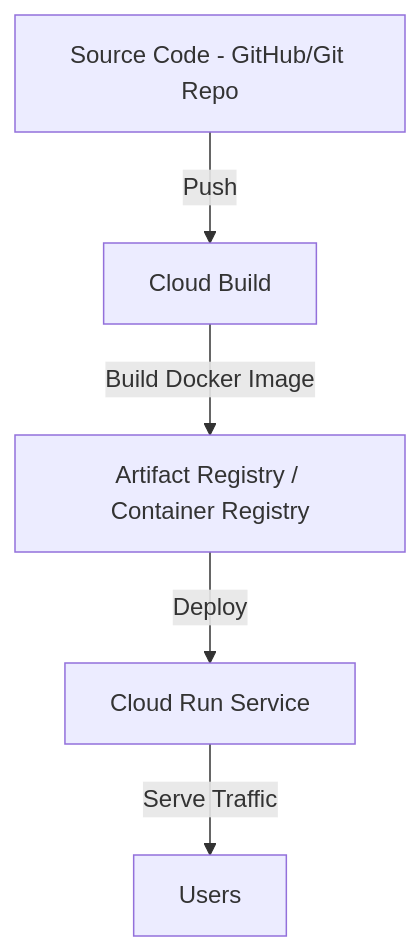
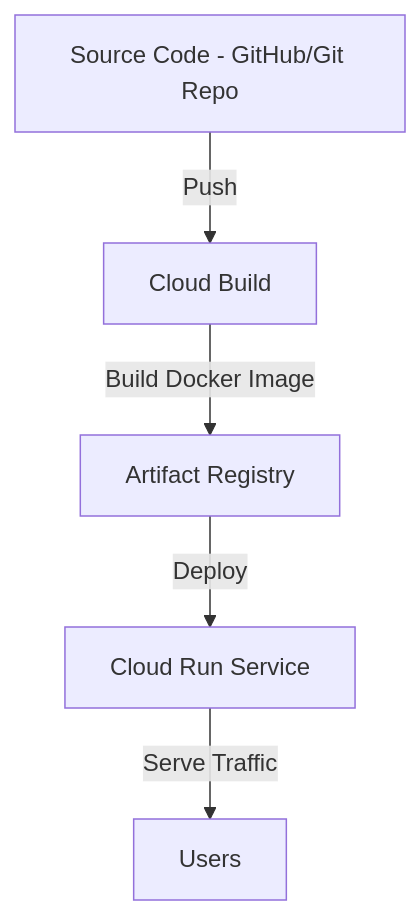
The diagram in README.md (Sahil-502/cloudrun-gke-bridge), drawn with Mermaid before and after one commit.

````diff
--- a/README.md
+++ b/README.md
@@ -6,7 +6,7 @@
 ```mermaid
 flowchart TD
     A[Source Code - GitHub/Git Repo] -->|Push| B[Cloud Build]
-    B -->|Build Docker Image| C[Artifact Registry / Container Registry]
+    B -->|Build Docker Image| C[Artifact Registry]
     C -->|Deploy| D[Cloud Run Service]
     D -->|Serve Traffic| E[Users]
 ```
````
